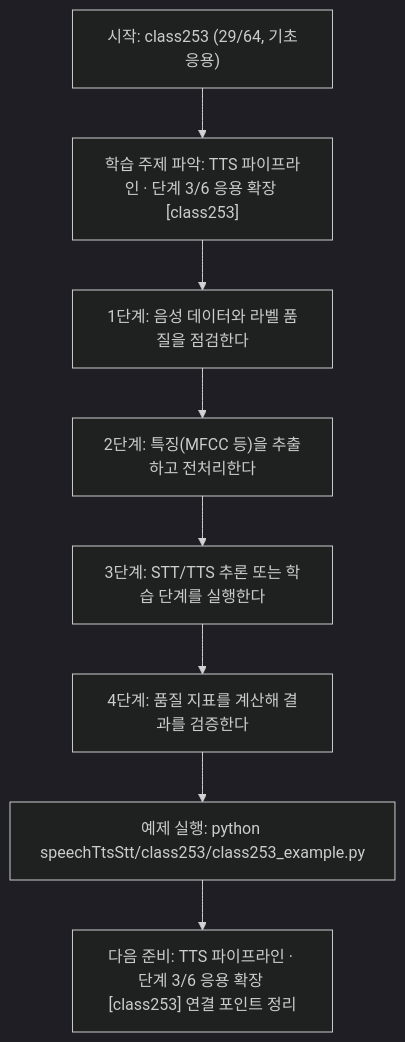
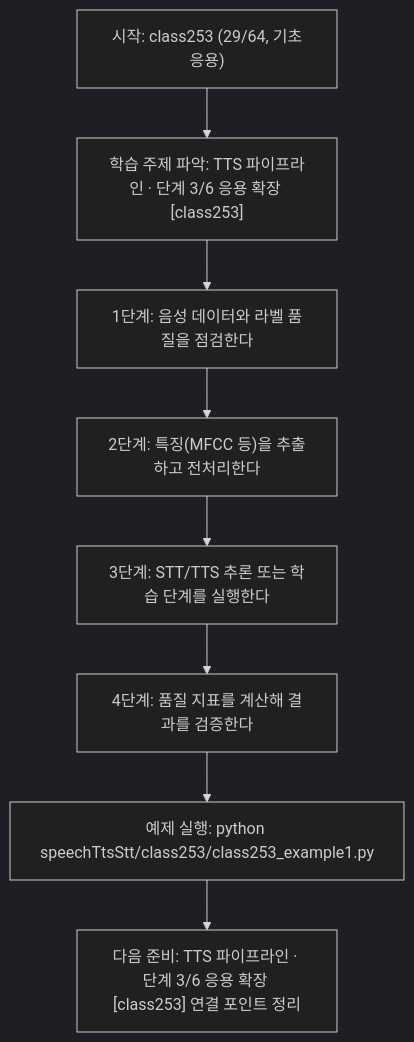
The diagram in speechTtsStt/class253/class253.md (edumgt/Python-AI_Agent-Class), drawn with Mermaid (dark theme) before and after one commit. The commit also changed other lines of this file and 2959 other files, not shown here.

````diff
--- a/speechTtsStt/class253/class253.md
+++ b/speechTtsStt/class253/class253.md
@@ -113,18 +113,18 @@
 ```mermaid
 flowchart TD
 N1["시작: class253 (29/64, 기초응용)"]
 N2["학습 주제 파악: TTS 파이프라인 · 단계 3/6 응용 확장 [class253]"]
 N3["1단계: 음성 데이터와 라벨 품질을 점검한다"]
 N4["2단계: 특징(MFCC 등)을 추출하고 전처리한다"]
 N5["3단계: STT/TTS 추론 또는 학습 단계를 실행한다"]
 N6["4단계: 품질 지표를 계산해 결과를 검증한다"]
-N7["예제 실행: python speechTtsStt/class253/class253_example.py"]
+N7["예제 실행: python speechTtsStt/class253/class253_example1.py"]
 N8["다음 준비: TTS 파이프라인 · 단계 3/6 응용 확장 [class253] 연결 포인트 정리"]
 N1 --> N2
 N2 --> N3
 N3 --> N4
 N4 --> N5
 N5 --> N6
 N6 --> N7
 N7 --> N8
 ```
````
